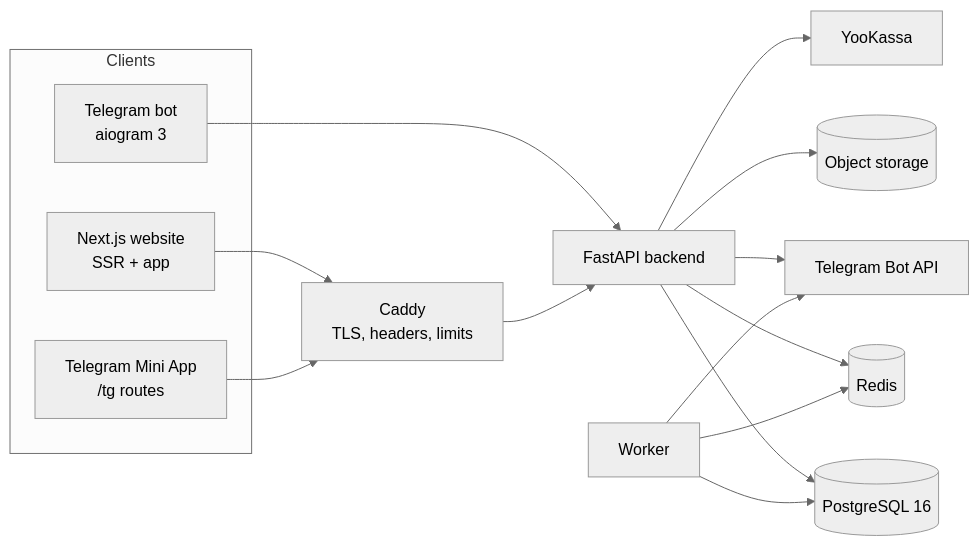
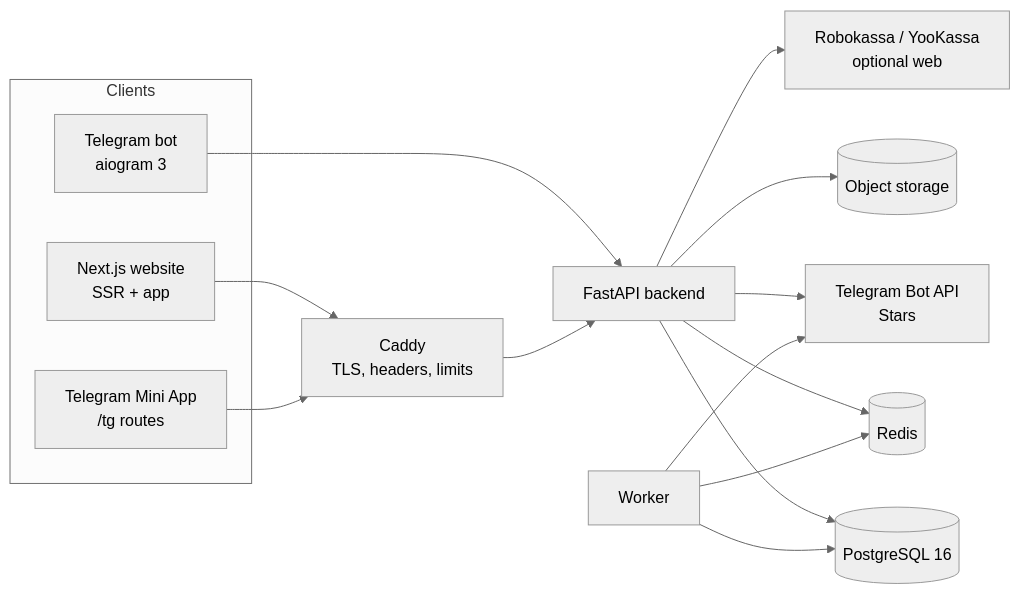
One commit to devilnevecry/Zooffer changed the diagram in docs/ARCHITECTURE.md. Above: the diagram before and after it, drawn with Mermaid (neutral theme). The commit also changed other lines of this file and 19 other files, not shown here.

````diff
--- a/docs/ARCHITECTURE.md
+++ b/docs/ARCHITECTURE.md
@@ -7,28 +7,28 @@
 ```mermaid
 flowchart LR
   subgraph Clients
     W[Next.js website<br/>SSR + app]
     M[Telegram Mini App<br/>/tg routes]
     B[Telegram bot<br/>aiogram 3]
   end
   P[Caddy<br/>TLS, headers, limits]
   A[FastAPI backend]
   DB[(PostgreSQL 16)]
   R[(Redis)]
   S[(Object storage)]
-  T[Telegram Bot API]
-  Y[YooKassa]
+  T[Telegram Bot API<br/>Stars]
+  Y[Robokassa / YooKassa<br/>optional web]
   Q[Worker]
   W --> P
   M --> P
   B --> A
   P --> A
   A --> DB
   A --> R
   A --> S
   A --> T
   A --> Y
   Q --> DB
   Q --> R
   Q --> T
 ```
````
